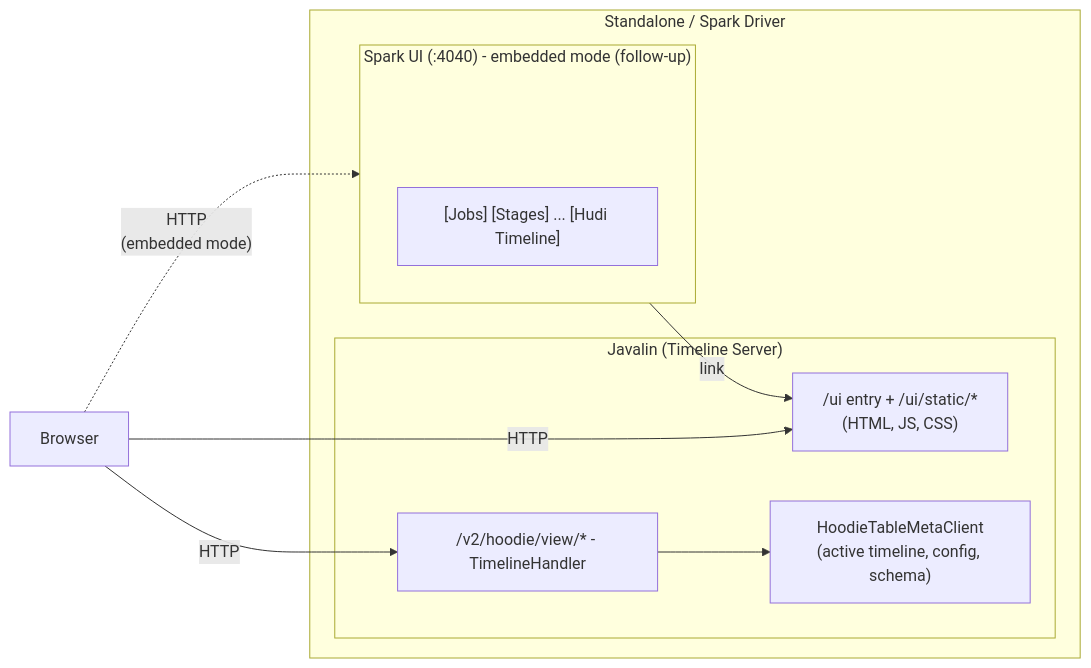
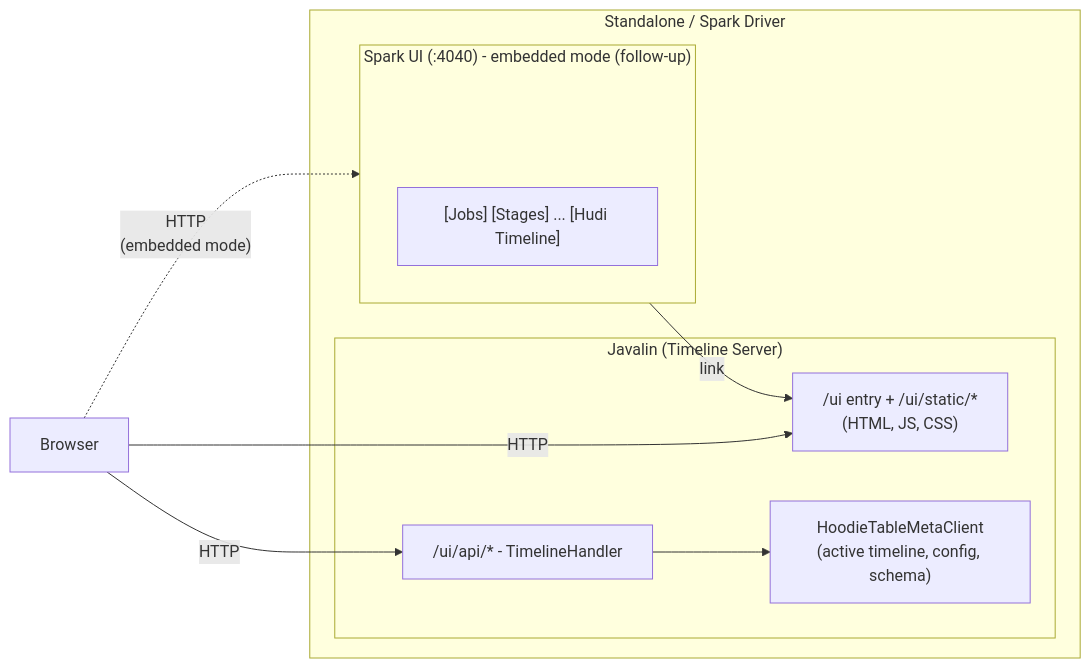
One commit to apache/hudi changed the diagram in rfc/rfc-94/rfc-94.md. Above: the diagram before and after it, drawn with Mermaid. The commit also changed other lines of this file, not shown here.

First line of the commit message:
docs(rfc): move the RFC-94 UI API under /ui/api, not /v2/hoodie/view

````diff
--- a/rfc/rfc-94/rfc-94.md
+++ b/rfc/rfc-94/rfc-94.md
@@ -158,27 +159,27 @@
 ```mermaid
 graph LR
     Browser["Browser"]
 
     subgraph Driver["Standalone / Spark Driver"]
         subgraph TimelineServer["Javalin (Timeline Server)"]
             Static["/ui entry + /ui/static/*\n(HTML, JS, CSS)"]
-            API["/v2/hoodie/view/* - TimelineHandler"]
+            API["/ui/api/* - TimelineHandler"]
             Meta["HoodieTableMetaClient\n(active timeline, config, schema)"]
 
             API --> Meta
         end
 
         subgraph SparkUI["Spark UI (:4040) - embedded mode (follow-up)"]
             direction TB
             SparkUIPad[ ] ~~~ Tabs["[Jobs] [Stages] ... [Hudi Timeline]"]
         end
 
         style SparkUIPad fill:none,stroke:none,color:none
 
         Tabs -- "link" --> Static
     end
 
     Browser -- "HTTP" --> Static
     Browser -- "HTTP" --> API
     Browser -. "HTTP\n(embedded mode)" .-> SparkUI
 ```
````
